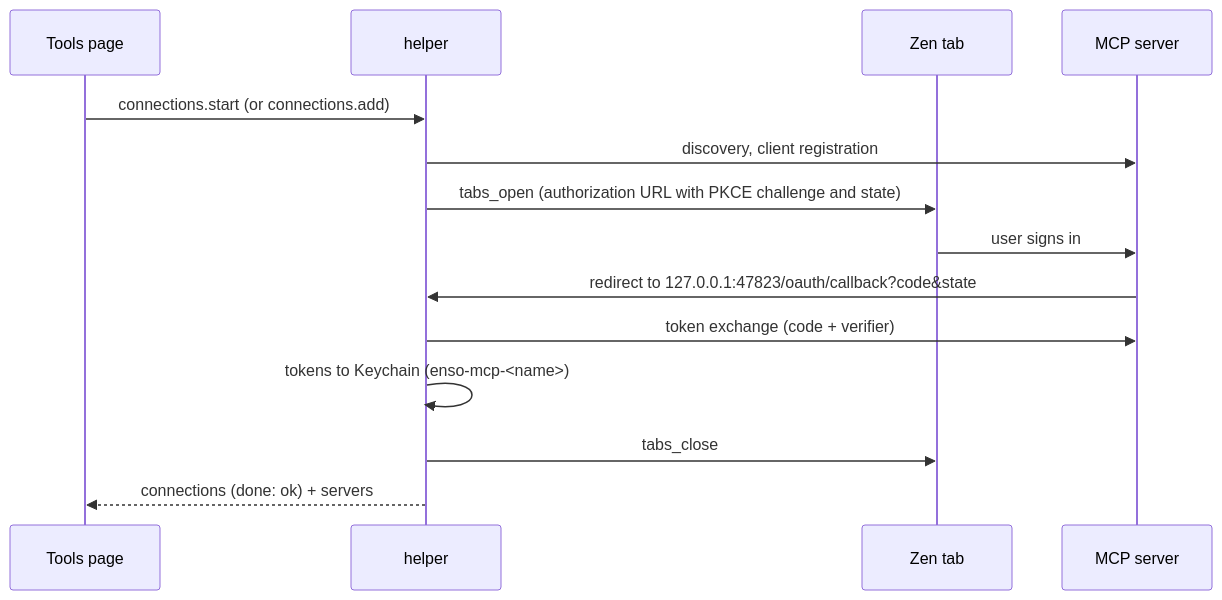
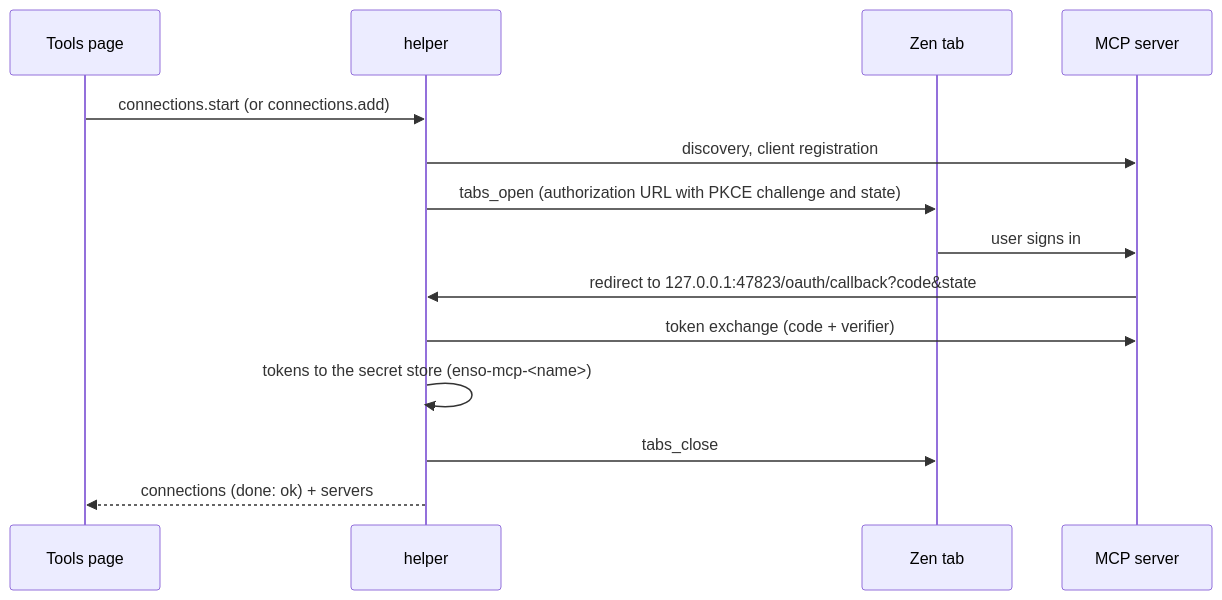
The third of 5 diagrams in docs/architecture.md (davidwickerhf/enso), drawn with Mermaid before and after one commit. The commit also changed other lines of this file and 37 other files, not shown here.

````diff
--- a/docs/architecture.md
+++ b/docs/architecture.md
@@ -291,16 +304,16 @@
 ```mermaid
 sequenceDiagram
   participant UI as Tools page
   participant H as helper
   participant Z as Zen tab
   participant S as MCP server
   UI->>H: connections.start (or connections.add)
   H->>S: discovery, client registration
   H->>Z: tabs_open (authorization URL with PKCE challenge and state)
   Z->>S: user signs in
   S->>H: redirect to 127.0.0.1:47823/oauth/callback?code&state
   H->>S: token exchange (code + verifier)
-  H->>H: tokens to Keychain (enso-mcp-<name>)
+  H->>H: tokens to the secret store (enso-mcp-<name>)
   H->>Z: tabs_close
   H-->>UI: connections (done: ok) + servers
 ```
````
